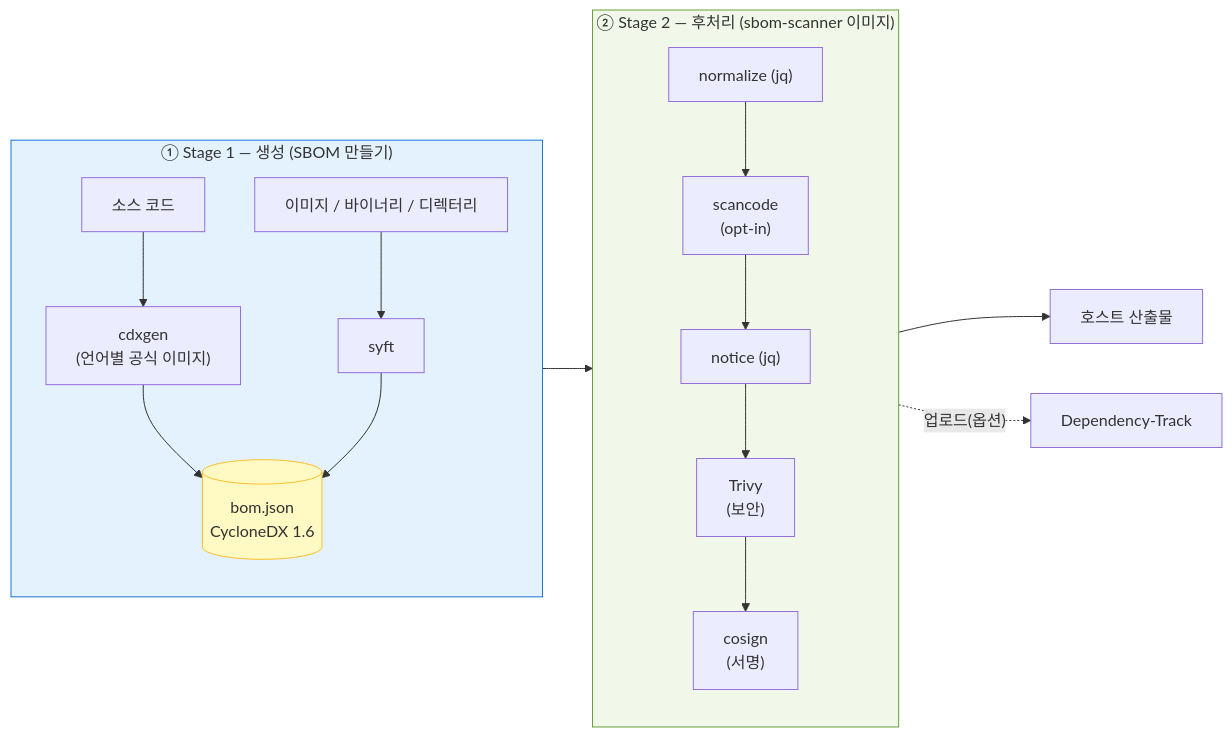
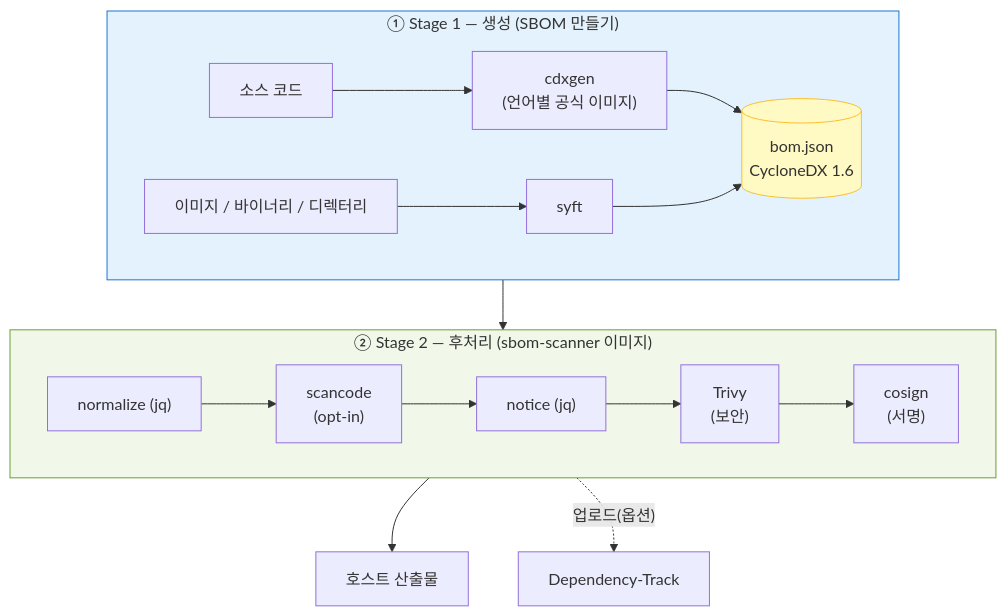
One commit to sktelecom/bomlens changed the first of 6 diagrams in docs/architecture.md. Above: the diagram before and after it, drawn with Mermaid. The commit also changed other lines of this file and 1 other file, not shown here.

Commit message:
docs(architecture): stack wide mermaid diagrams vertically for readability
The overview and role-split diagrams placed two subgraphs side by side
(flowchart LR), so the SVG was scaled down to fit the content column
and node labels became unreadable. Switch the outer flow to TB so each
subgraph renders at natural size. Also rename the sbom-tools node
label to BomLens. Applied to both the Korean and English pages.

````diff
--- a/docs/architecture.md
+++ b/docs/architecture.md
@@ -16,26 +16,26 @@
 ```mermaid
-flowchart LR
+flowchart TB
     subgraph S1["① Stage 1 — 생성 (SBOM 만들기)"]
-        direction TB
+        direction LR
         SRC["소스 코드"] --> CDX["cdxgen<br/>(언어별 공식 이미지)"]
         IMG["이미지 / 바이너리 / 디렉터리"] --> SYFT["syft"]
         CDX --> BOM[("bom.json<br/>CycloneDX 1.6")]
         SYFT --> BOM
     end
 
     subgraph S2["② Stage 2 — 후처리 (sbom-scanner 이미지)"]
-        direction TB
-        BOM --> NORM["normalize (jq)"]
-        NORM --> SCAN["scancode<br/>(opt-in)"]
+        direction LR
+        NORM["normalize (jq)"] --> SCAN["scancode<br/>(opt-in)"]
         SCAN --> NOTICE["notice (jq)"]
         NOTICE --> TRIVY["Trivy<br/>(보안)"]
         TRIVY --> SIGN["cosign<br/>(서명)"]
     end
 
+    BOM --> NORM
     SIGN --> OUT["호스트 산출물"]
     SIGN -.업로드(옵션).-> DT["Dependency-Track"]
 
     style S1 fill:#e3f2fd,stroke:#1976d2
     style S2 fill:#f1f8e9,stroke:#689f38
     style BOM fill:#fff9c4,stroke:#fbc02d
 ```
````
